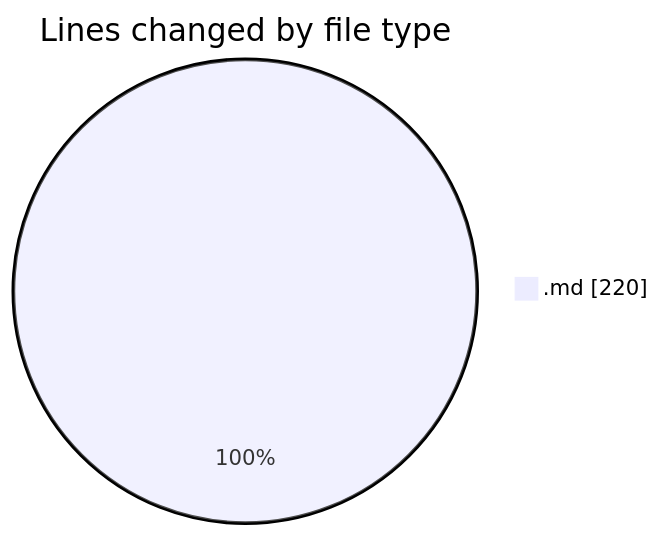
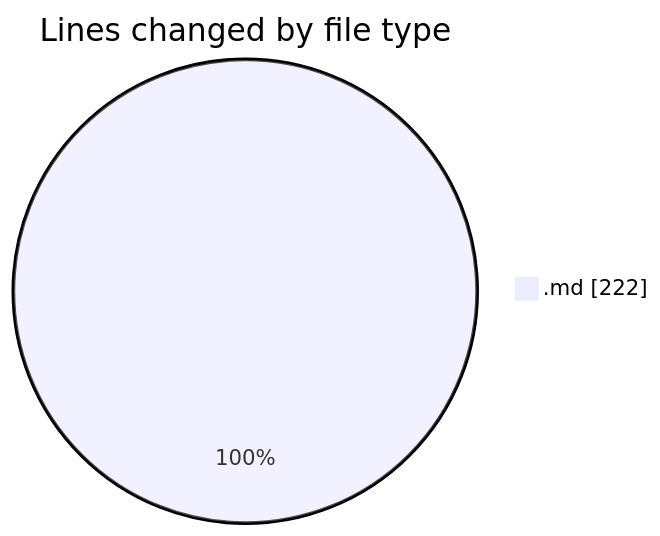
Before and after one commit to Ritupan-Deka/code-tracking: the first of 2 diagrams in 2025-07-18/urlwebwala_intership_work/README.md, drawn with Mermaid. The commit also changed other lines of this file and 1 other file, not shown here.

````diff
--- a/2025-07-18/urlwebwala_intership_work/README.md
+++ b/2025-07-18/urlwebwala_intership_work/README.md
@@ -21,5 +21,5 @@
 ```mermaid
 pie showData
 title Lines changed by file type
-".md" : 220
+".md" : 222
 ```
````
